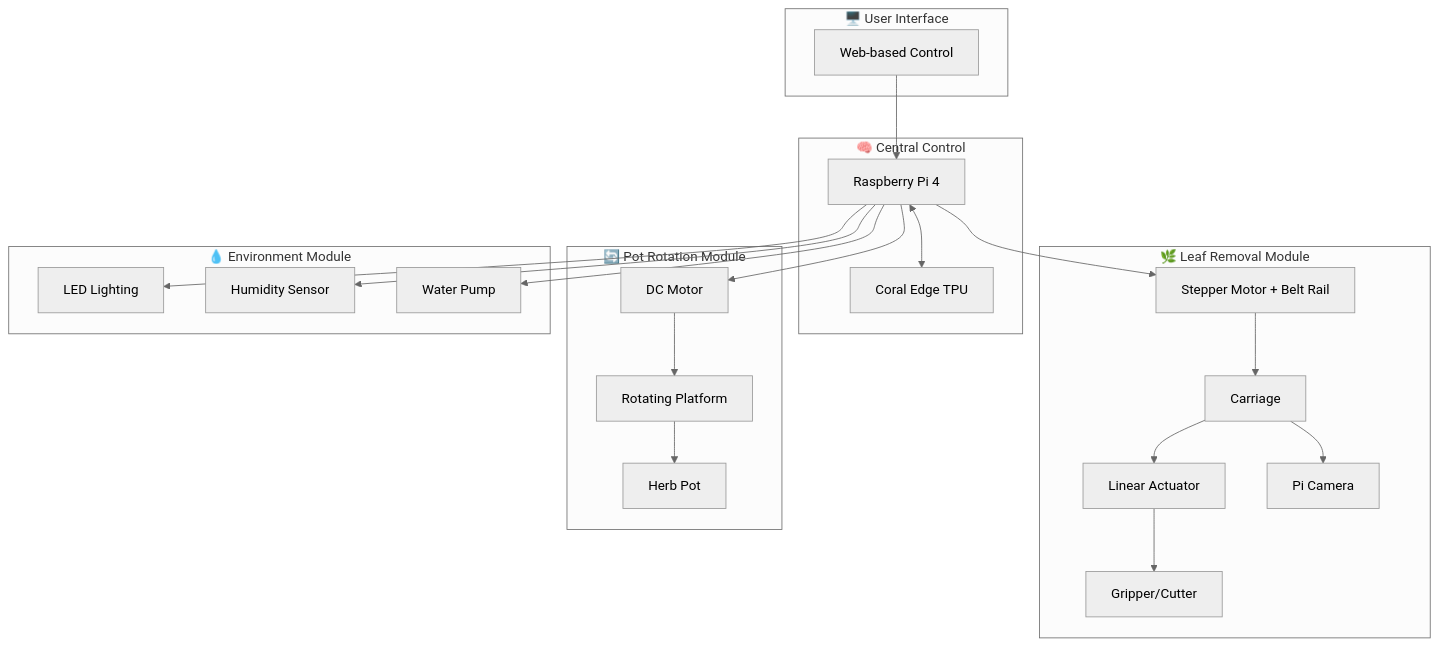
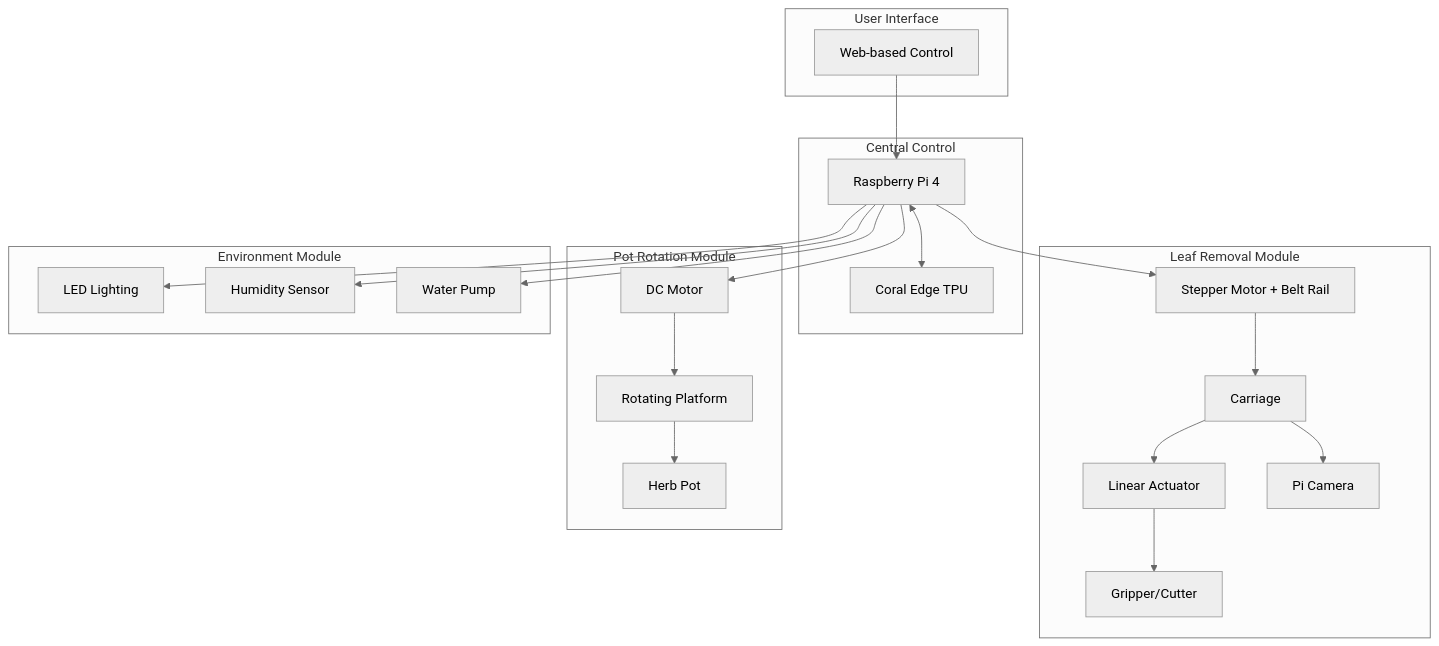
The first of 4 diagrams in _posts/project/2025-11-19-herbot.md (leesg0107/leesg0107.github.io), drawn with Mermaid (neutral theme) before and after one commit. The commit also changed other lines of this file and 77 other files, not shown here.

```diff
--- a/_posts/project/2025-11-19-herbot.md
+++ b/_posts/project/2025-11-19-herbot.md
@@ -35,45 +34,45 @@
 <div class="mermaid">
 flowchart TB
-    subgraph UI["🖥️ User Interface"]
+    subgraph UI["User Interface"]
         WEB[Web-based Control]
     end
 
-    subgraph CORE["🧠 Central Control"]
+    subgraph CORE["Central Control"]
         RPI[Raspberry Pi 4]
         TPU[Coral Edge TPU]
     end
 
-    subgraph LEAF["🌿 Leaf Removal Module"]
+    subgraph LEAF["Leaf Removal Module"]
         STEP[Stepper Motor + Belt Rail]
         CAR[Carriage]
         LIN[Linear Actuator]
         CAM[Pi Camera]
         GRIP[Gripper/Cutter]
     end
 
-    subgraph POT["🔄 Pot Rotation Module"]
+    subgraph POT["Pot Rotation Module"]
         DC[DC Motor]
         PLAT[Rotating Platform]
         HERB[Herb Pot]
     end
 
-    subgraph ENV["💧 Environment Module"]
+    subgraph ENV["Environment Module"]
         LED[LED Lighting]
         HUM[Humidity Sensor]
         PUMP[Water Pump]
     end
 
     WEB --> RPI
     RPI <--> TPU
     RPI --> STEP
     STEP --> CAR
     CAR --> LIN
     CAR --> CAM
     LIN --> GRIP
     RPI --> DC
     DC --> PLAT
     PLAT --> HERB
     RPI --> LED
     RPI --> HUM
     RPI --> PUMP
 </div>
```
